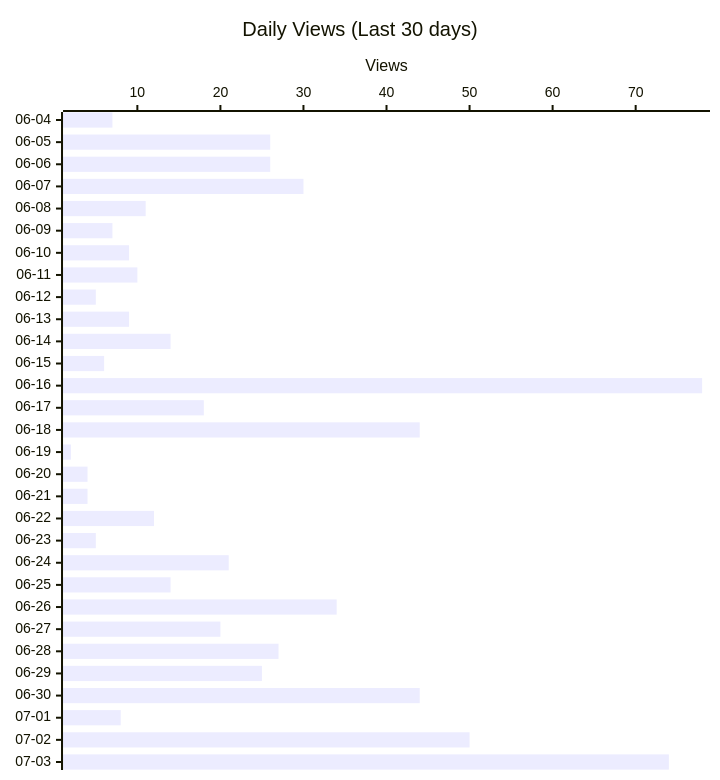
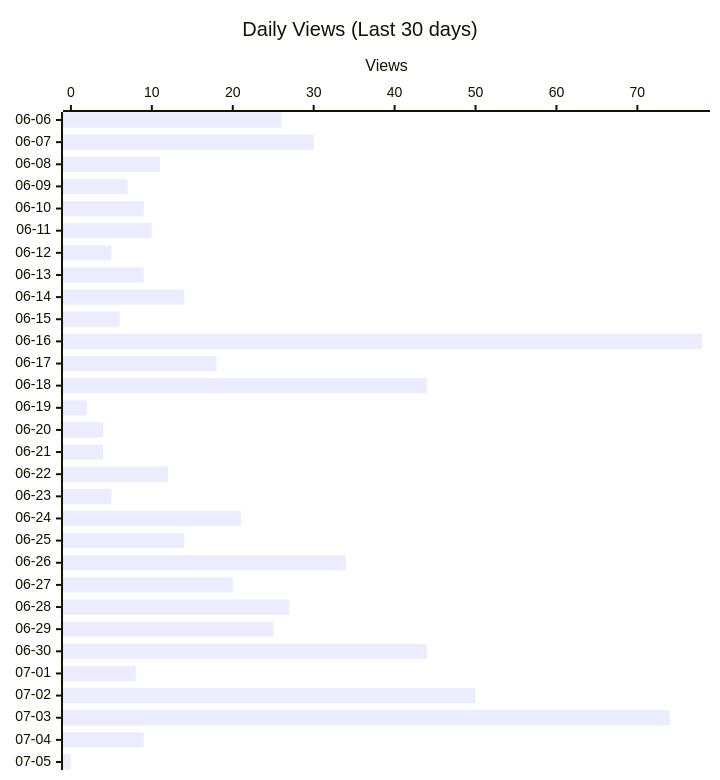
One commit to shigechika/github-insights changed the second of 4 diagrams in README.md. Above: the diagram before and after it, drawn with Mermaid. The commit also changed other lines of this file and 2 other files, not shown here.

````diff
--- a/README.md
+++ b/README.md
@@ -28,12 +28,12 @@
 ```mermaid
 ---
 config:
   xyChart:
     height: 760
 ---
 xychart-beta horizontal
     title "Daily Views (Last 30 days)"
-    x-axis ["06-04", "06-05", "06-06", "06-07", "06-08", "06-09", "06-10", "06-11", "06-12", "06-13", "06-14", "06-15", "06-16", "06-17", "06-18", "06-19", "06-20", "06-21", "06-22", "06-23", "06-24", "06-25", "06-26", "06-27", "06-28", "06-29", "06-30", "07-01", "07-02", "07-03"]
+    x-axis ["06-06", "06-07", "06-08", "06-09", "06-10", "06-11", "06-12", "06-13", "06-14", "06-15", "06-16", "06-17", "06-18", "06-19", "06-20", "06-21", "06-22", "06-23", "06-24", "06-25", "06-26", "06-27", "06-28", "06-29", "06-30", "07-01", "07-02", "07-03", "07-04", "07-05"]
     y-axis "Views"
-    bar [7, 26, 26, 30, 11, 7, 9, 10, 5, 9, 14, 6, 78, 18, 44, 2, 4, 4, 12, 5, 21, 14, 34, 20, 27, 25, 44, 8, 50, 74]
+    bar [26, 30, 11, 7, 9, 10, 5, 9, 14, 6, 78, 18, 44, 2, 4, 4, 12, 5, 21, 14, 34, 20, 27, 25, 44, 8, 50, 74, 9, 0]
 ```
````
